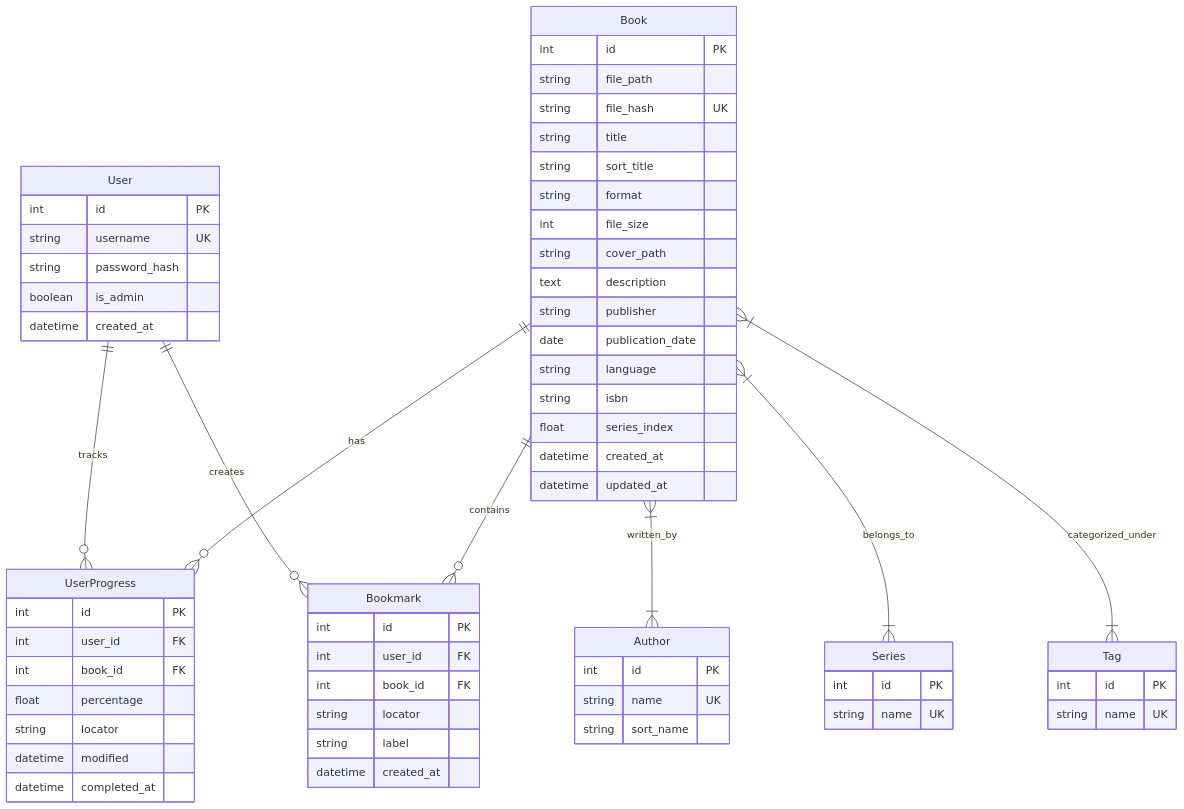
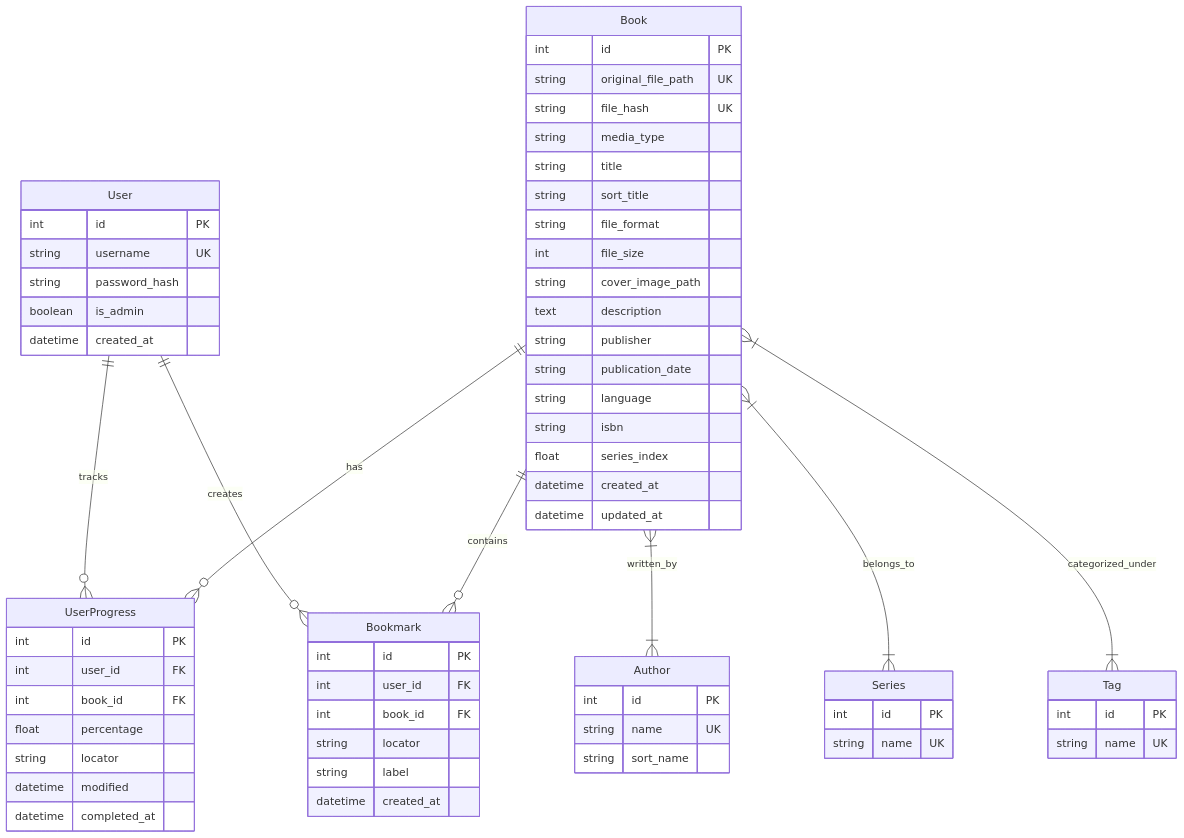
Before and after one commit to syfq91/aarkib: the fourth of 4 diagrams in design.md, drawn with Mermaid. The commit also changed other lines of this file and 129 other files, not shown here.

````diff
--- a/design.md
+++ b/design.md
@@ -214,72 +252,73 @@
 ```mermaid
 erDiagram
     User ||--o{ UserProgress : "tracks"
     User ||--o{ Bookmark : "creates"
     Book ||--o{ UserProgress : "has"
     Book ||--o{ Bookmark : "contains"
     Book }|--|{ Author : "written_by"
     Book }|--|{ Series : "belongs_to"
     Book }|--|{ Tag : "categorized_under"
 
     User {
         int id PK
         string username UK
         string password_hash
         boolean is_admin
         datetime created_at
     }
 
     Book {
         int id PK
-        string file_path
+        string original_file_path UK
         string file_hash UK
+        string media_type
         string title
         string sort_title
-        string format
+        string file_format
         int file_size
-        string cover_path
+        string cover_image_path
         text description
         string publisher
-        date publication_date
+        string publication_date
         string language
         string isbn
         float series_index
         datetime created_at
         datetime updated_at
     }
 
     Author {
         int id PK
         string name UK
         string sort_name
     }
 
     Series {
         int id PK
         string name UK
     }
 
     Tag {
         int id PK
         string name UK
     }
 
     UserProgress {
         int id PK
         int user_id FK
         int book_id FK
         float percentage
         string locator
         datetime modified
         datetime completed_at
     }
 
     Bookmark {
         int id PK
         int user_id FK
         int book_id FK
         string locator
         string label
         datetime created_at
     }
 ```
````
